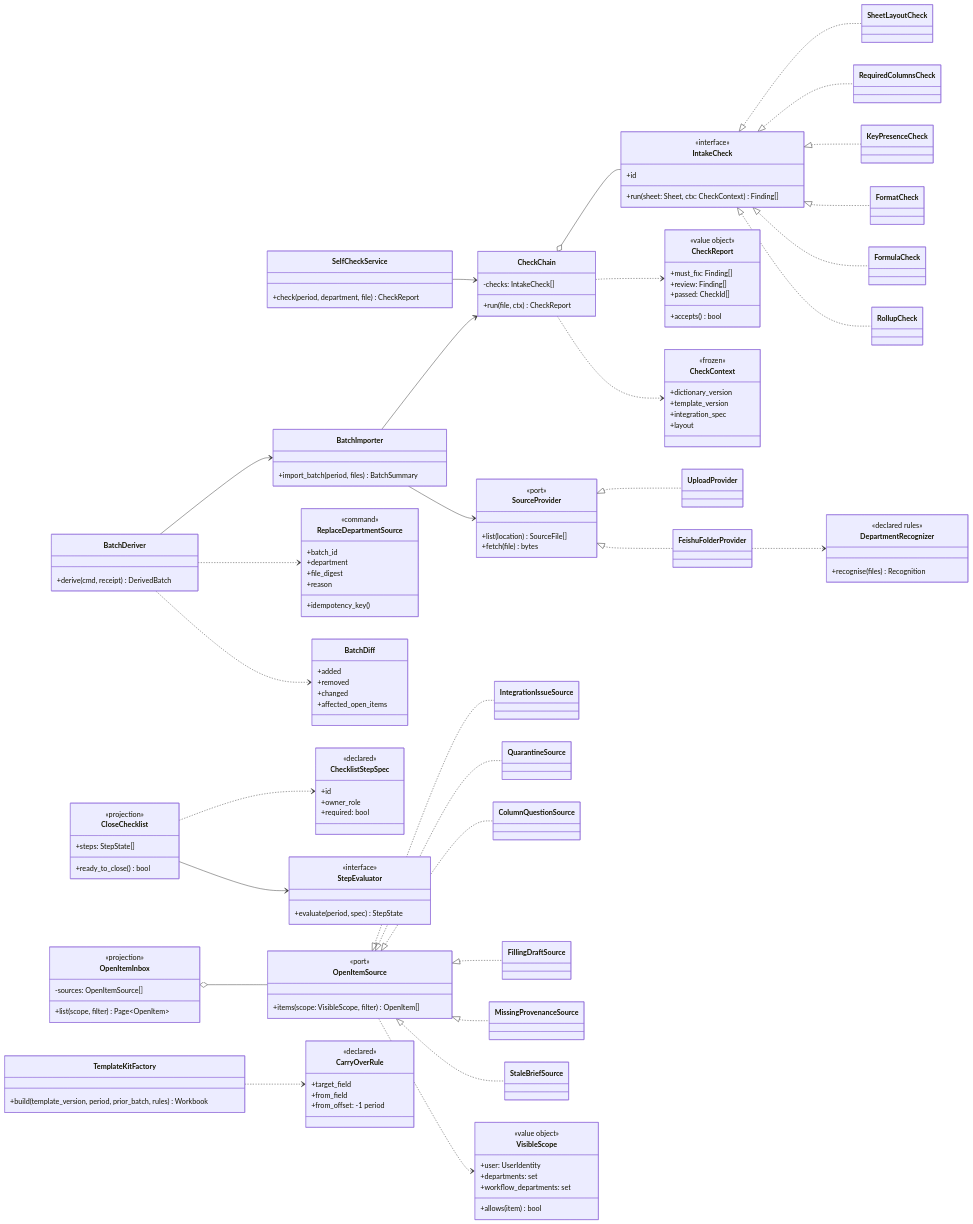
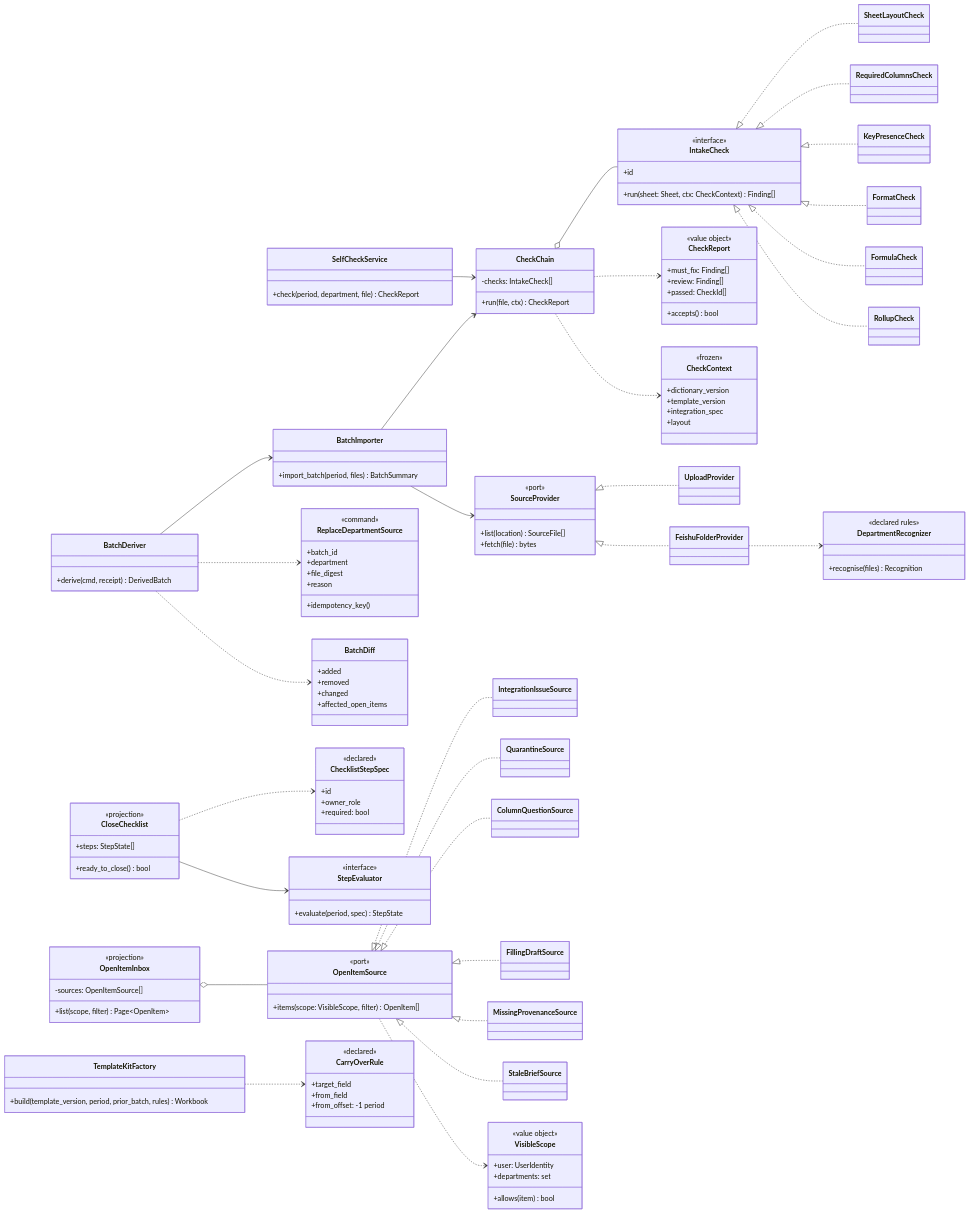
The third of 4 diagrams in docs/requirements/class-design.md (EricWang1358/BridgeFlow-AI), drawn with Mermaid before and after one commit. The commit also changed 50 other files, not shown here.

```diff
--- a/docs/requirements/class-design.md
+++ b/docs/requirements/class-design.md
@@ -336,7 +336,6 @@
     <<value object>>
     +user: UserIdentity
     +departments: set
-    +workflow_departments: set
     +allows(item) bool
   }
   class OpenItemInbox {
```
